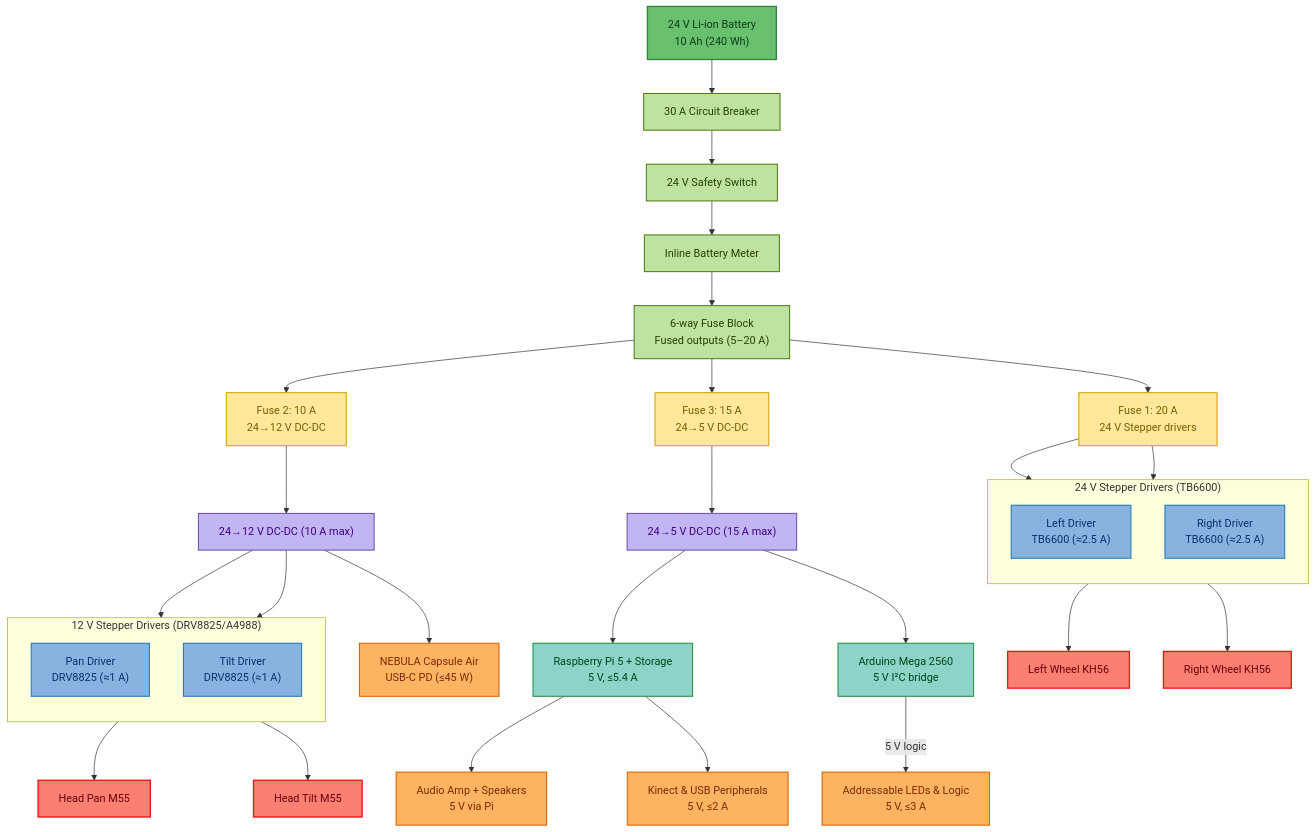
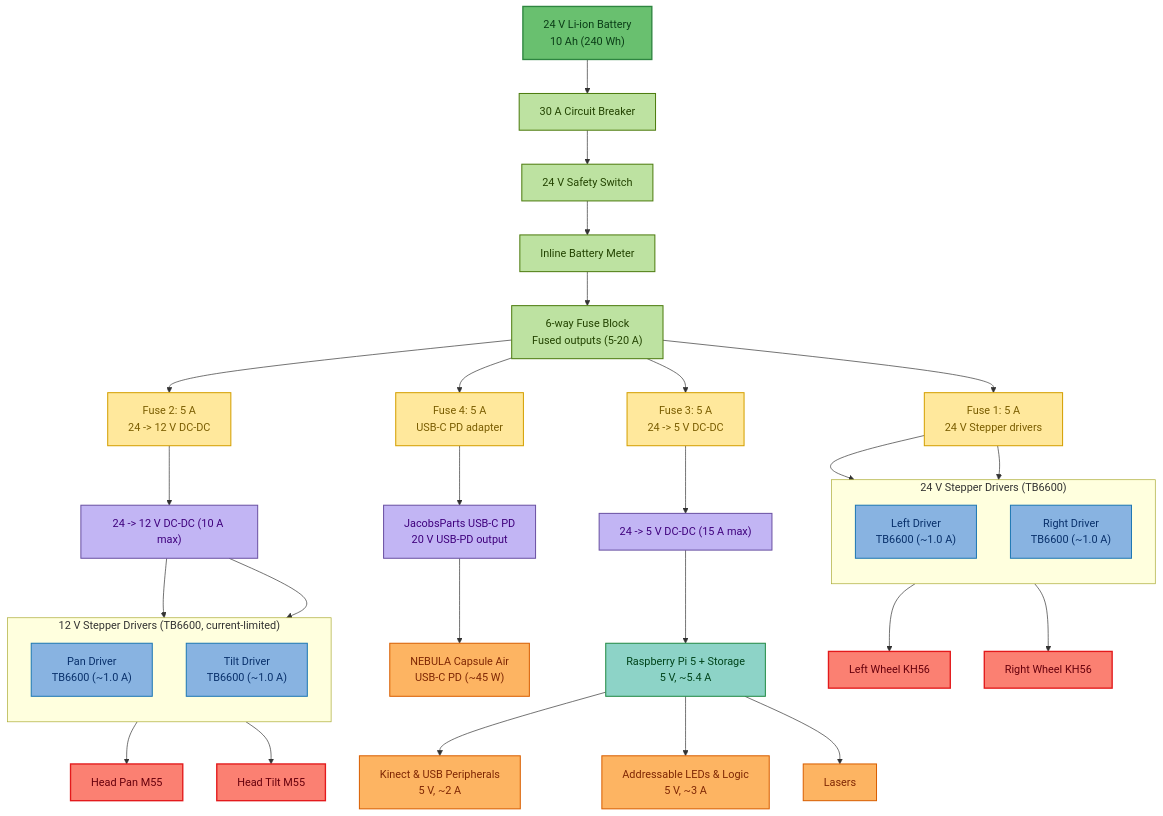
One commit to Mutilar/Marp changed the first of 3 diagrams in readme.md. Above: the diagram before and after it, drawn with Mermaid. The commit also changed other lines of this file and 8 other files, not shown here.

````diff
--- a/readme.md
+++ b/readme.md
@@ -20,65 +14,63 @@
 ```mermaid
 graph TD
-    Battery["24 V Li-ion Battery\n10 Ah (240 Wh)"]
-    Breaker["30 A Circuit Breaker"]
-    Switch["24 V Safety Switch"]
+    Battery["24 V Li-ion Battery\n10 Ah (240 Wh)"]
+    Breaker["30 A Circuit Breaker"]
+    Switch["24 V Safety Switch"]
     Meter["Inline Battery Meter"]
-    FuseBlock["6-way Fuse Block\nFused outputs (5–20 A)"]
-    FuseStepper24["Fuse 1: 20 A\n24 V Stepper drivers"]
-    FuseBuck12["Fuse 2: 10 A\n24→12 V DC-DC"]
-    FuseBuck5["Fuse 3: 15 A\n24→5 V DC-DC"]
-    subgraph StepperDrivers24["24 V Stepper Drivers (TB6600)"]
+    FuseBlock["6-way Fuse Block\nFused outputs (5-20 A)"]
+    FuseStepper24["Fuse 1: 5 A\n24 V Stepper drivers"]
+    FuseBuck12["Fuse 2: 5 A\n24 -> 12 V DC-DC"]
+    FuseBuck5["Fuse 3: 5 A\n24 -> 5 V DC-DC"]
+    FusePD["Fuse 4: 5 A\nUSB-C PD adapter"]
+    subgraph StepperDrivers24["24 V Stepper Drivers (TB6600)"]
         direction TB
-        Stepper24Left["Left Driver\nTB6600 (≈2.5 A)"]
-        Stepper24Right["Right Driver\nTB6600 (≈2.5 A)"]
+        Stepper24Left["Left Driver\nTB6600 (~1.0 A)"]
+        Stepper24Right["Right Driver\nTB6600 (~1.0 A)"]
     end
-    Buck12["24→12 V DC-DC (10 A max)"]
-    Buck5["24→5 V DC-DC (15 A max)"]
-    subgraph StepperDrivers12["12 V Stepper Drivers (DRV8825/A4988)"]
+    Buck12["24 -> 12 V DC-DC (10 A max)"]
+    Buck5["24 -> 5 V DC-DC (15 A max)"]
+    subgraph StepperDrivers12["12 V Stepper Drivers (TB6600, current-limited)"]
         direction TB
-        Stepper12Pan["Pan Driver\nDRV8825 (≈1 A)"]
-        Stepper12Tilt["Tilt Driver\nDRV8825 (≈1 A)"]
+        Stepper12Pan["Pan Driver\nTB6600 (~1.0 A)"]
+        Stepper12Tilt["Tilt Driver\nTB6600 (~1.0 A)"]
     end
-    Projector["NEBULA Capsule Air\nUSB-C PD (≤45 W)"]
-    Audio["Audio Amp + Speakers\n5 V via Pi"]
-    Pi["Raspberry Pi 5 + Storage\n5 V, ≤5.4 A"]
-    Arduino["Arduino Mega 2560\n5 V I²C bridge"]
-    Kinect["Kinect & USB Peripherals\n5 V, ≤2 A"]
-    LEDs["Addressable LEDs & Logic\n5 V, ≤3 A"]
+    PDAdapter["JacobsParts USB-C PD\n20 V USB-PD output"]
+    Projector["NEBULA Capsule Air\nUSB-C PD (~45 W)"]
+    Pi["Raspberry Pi 5 + Storage\n5 V, ~5.4 A"]
+    Kinect["Kinect & USB Peripherals\n5 V, ~2 A"]
+    LEDs["Addressable LEDs & Logic\n5 V, ~3 A"]
 
     Battery --> Breaker --> Switch --> Meter --> FuseBlock
     FuseBlock --> FuseStepper24 --> Stepper24Left
     FuseStepper24 --> Stepper24Right
     FuseBlock --> FuseBuck12 --> Buck12
     Buck12 --> Stepper12Pan
     Buck12 --> Stepper12Tilt
-    Buck12 --> Projector
+    FuseBlock --> FusePD --> PDAdapter --> Projector
     FuseBlock --> FuseBuck5 --> Buck5 --> Pi
-    Buck5 --> Arduino
-    Pi --> Audio
     Pi --> Kinect
-    Arduino -->|5 V logic| LEDs
+    Pi --> LEDs
+    Pi --> Lasers
     Stepper24Left --> LeftWheel["Left Wheel KH56"]
     Stepper24Right --> RightWheel["Right Wheel KH56"]
     Stepper12Pan --> HeadPan["Head Pan M55"]
     Stepper12Tilt --> HeadTilt["Head Tilt M55"]
 
     class Battery battery
     class Breaker,Switch,Meter,FuseBlock distribution
-    class FuseStepper24,FuseBuck12,FuseBuck5 fuse
+    class FuseStepper24,FuseBuck12,FuseBuck5,FusePD fuse
     class Stepper24Left,Stepper24Right,Stepper12Pan,Stepper12Tilt driver
-    class Buck12,Buck5 converter
+    class Buck12,Buck5,PDAdapter converter
     class Pi compute
-    class Arduino compute
-    class Projector,Audio,Kinect,LEDs peripheral
+    class Projector,Audio,Kinect,LEDs,Lasers peripheral
     class LeftWheel,RightWheel,HeadPan,HeadTilt motor
 
     classDef battery fill:#69c06f,stroke:#2e8540,color:#0b3d17,stroke-width:2px
     classDef distribution fill:#bde2a1,stroke:#4d7c0f,color:#234300,stroke-width:1.5px
     classDef fuse fill:#ffe89c,stroke:#d49f00,color:#7a5d00,stroke-width:1.5px
     classDef driver fill:#88b3e1,stroke:#1f78b4,color:#08306b,stroke-width:1.5px
     classDef converter fill:#c2b5f4,stroke:#6a51a3,color:#3f007d,stroke-width:1.5px
     classDef compute fill:#8dd3c7,stroke:#238b45,color:#00441b,stroke-width:1.5px
     classDef peripheral fill:#fdb462,stroke:#d95f02,color:#7f2704,stroke-width:1.5px
     classDef motor fill:#fb8072,stroke:#e31a1c,color:#67000d,stroke-width:2px
 ```
````
